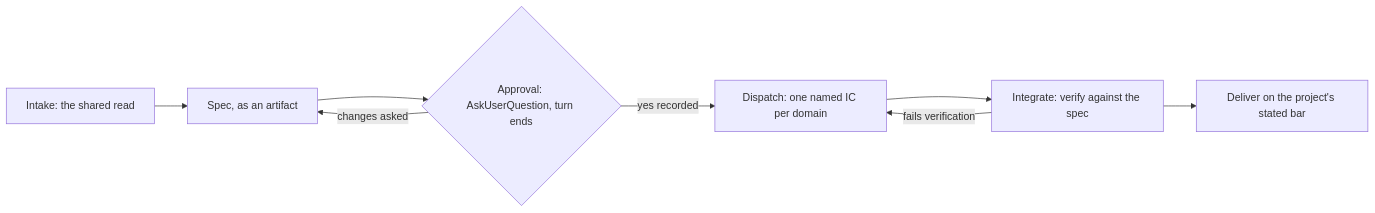
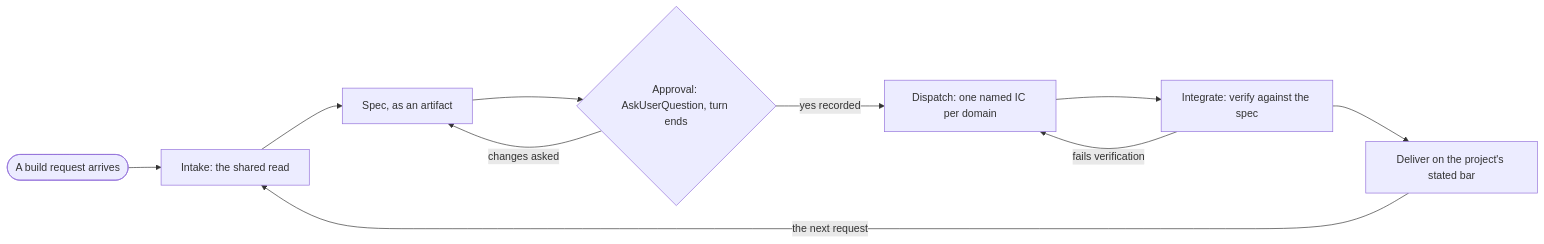
Before and after one commit to EthanITA/Mode: the diagram in skills/mode/modes/copilot.md, drawn with Mermaid. The commit also changed other lines of this file and 17 other files, not shown here.

Commit message:
docs(modes): every diagram opens on its trigger, draws its loops and marks its exits

````diff
--- a/skills/mode/modes/copilot.md
+++ b/skills/mode/modes/copilot.md
@@ -35,10 +35,12 @@
 ```mermaid
 flowchart LR
-    I[Intake: the shared read] --> S[Spec, as an artifact]
+    R([A build request arrives]) --> I[Intake: the shared read]
+    I --> S[Spec, as an artifact]
     S --> A{Approval: AskUserQuestion, turn ends}
     A -- changes asked --> S
     A -- yes recorded --> D[Dispatch: one named IC per domain]
     D --> G[Integrate: verify against the spec]
     G -- fails verification --> D
     G --> V[Deliver on the project's stated bar]
+    V -- the next request --> I
 ```
````
